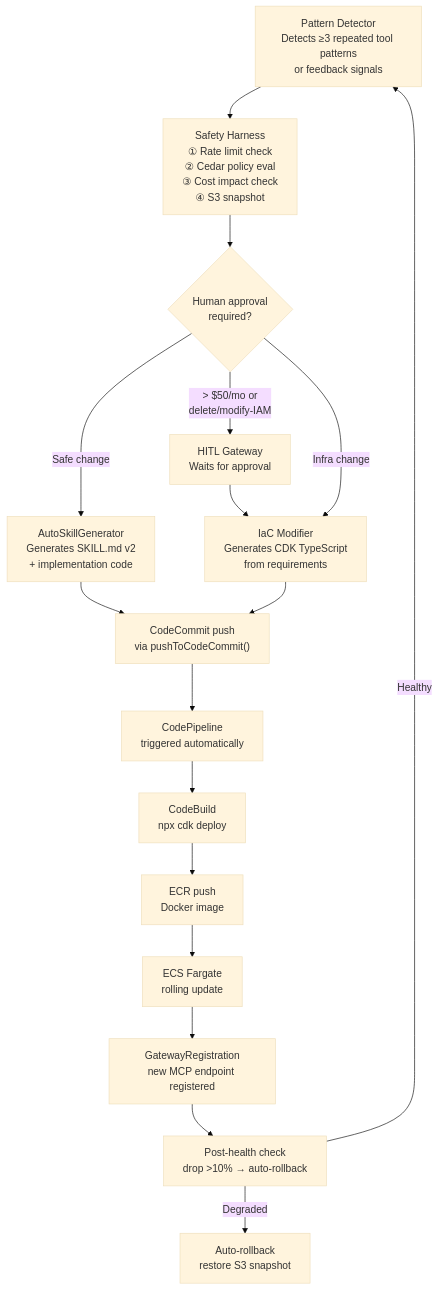
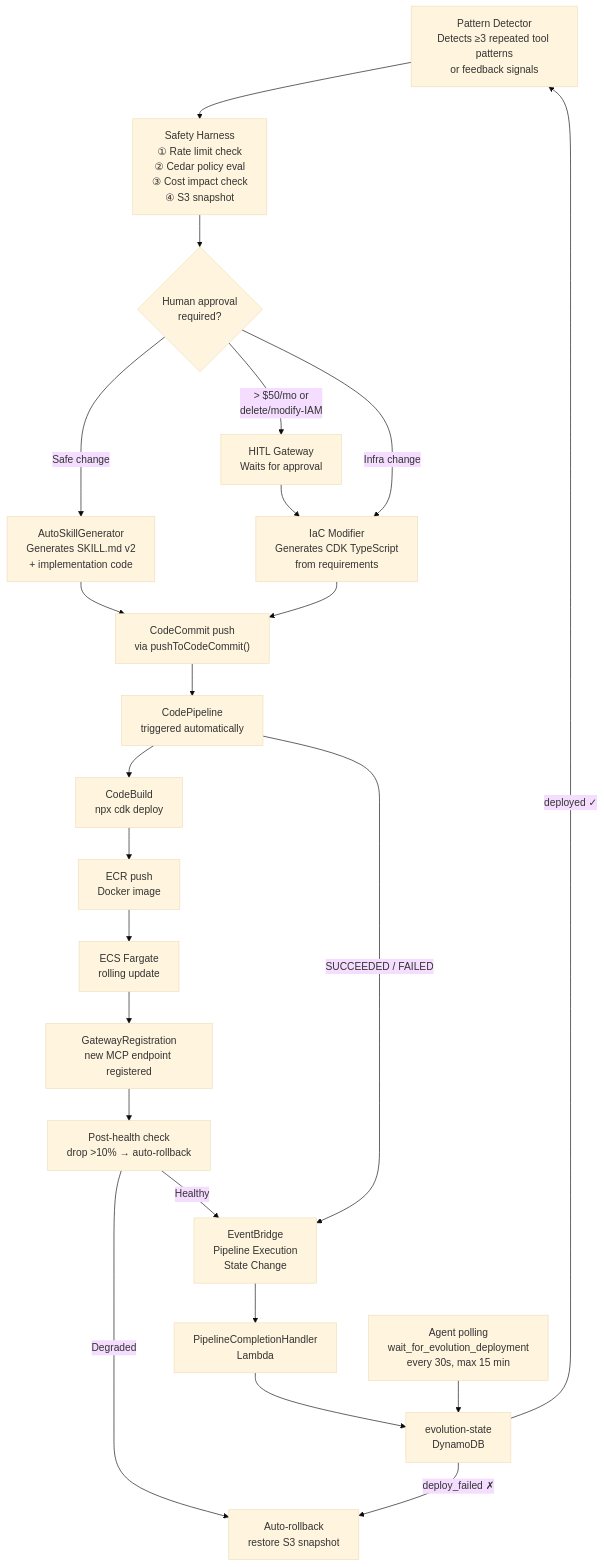
One commit to Codeseys-Labs/chimera changed the fifth of 10 diagrams in docs/architecture/system-architecture.md. Above: the diagram before and after it, drawn with Mermaid (base theme). The commit also changed other lines of this file and 46 other files, not shown here.

````diff
--- a/docs/architecture/system-architecture.md
+++ b/docs/architecture/system-architecture.md
@@ -177,33 +177,43 @@
 ```mermaid
 flowchart TD
     DETECT["Pattern Detector<br/>Detects ≥3 repeated tool patterns<br/>or feedback signals"]
     HARNESS["Safety Harness<br/>① Rate limit check<br/>② Cedar policy eval<br/>③ Cost impact check<br/>④ S3 snapshot"]
     HUMAN{"Human approval<br/>required?"}
     HITL["HITL Gateway<br/>Waits for approval"]
     AUTOSKILL["AutoSkillGenerator<br/>Generates SKILL.md v2<br/>+ implementation code"]
     IACMOD["IaC Modifier<br/>Generates CDK TypeScript<br/>from requirements"]
     COMMIT["CodeCommit push<br/>via pushToCodeCommit()"]
     PIPELINE["CodePipeline<br/>triggered automatically"]
     BUILD["CodeBuild<br/>npx cdk deploy"]
     ECR["ECR push<br/>Docker image"]
     ECS["ECS Fargate<br/>rolling update"]
     REGISTER["GatewayRegistration<br/>new MCP endpoint registered"]
     MONITOR["Post-health check<br/>drop &gt;10% → auto-rollback"]
+    EB["EventBridge<br/>Pipeline Execution<br/>State Change"]
+    LAMBDA["PipelineCompletionHandler<br/>Lambda"]
+    DDB_STATE["evolution-state<br/>DynamoDB"]
+    POLL["Agent polling<br/>wait_for_evolution_deployment<br/>every 30s, max 15 min"]
 
     DETECT --> HARNESS
     HARNESS --> HUMAN
     HUMAN -- "&gt; $50/mo or<br/>delete/modify-IAM" --> HITL
     HITL --> IACMOD
     HUMAN -- "Safe change" --> AUTOSKILL
     HUMAN -- "Infra change" --> IACMOD
     AUTOSKILL --> COMMIT
     IACMOD --> COMMIT
     COMMIT --> PIPELINE
     PIPELINE --> BUILD
     BUILD --> ECR
     ECR --> ECS
     ECS --> REGISTER
     REGISTER --> MONITOR
-    MONITOR -- "Healthy" --> DETECT
+    MONITOR -- "Healthy" --> EB
     MONITOR -- "Degraded" --> ROLLBACK["Auto-rollback<br/>restore S3 snapshot"]
+    PIPELINE -- "SUCCEEDED / FAILED" --> EB
+    EB --> LAMBDA
+    LAMBDA --> DDB_STATE
+    POLL --> DDB_STATE
+    DDB_STATE -- "deployed ✓" --> DETECT
+    DDB_STATE -- "deploy_failed ✗" --> ROLLBACK
 ```
````
